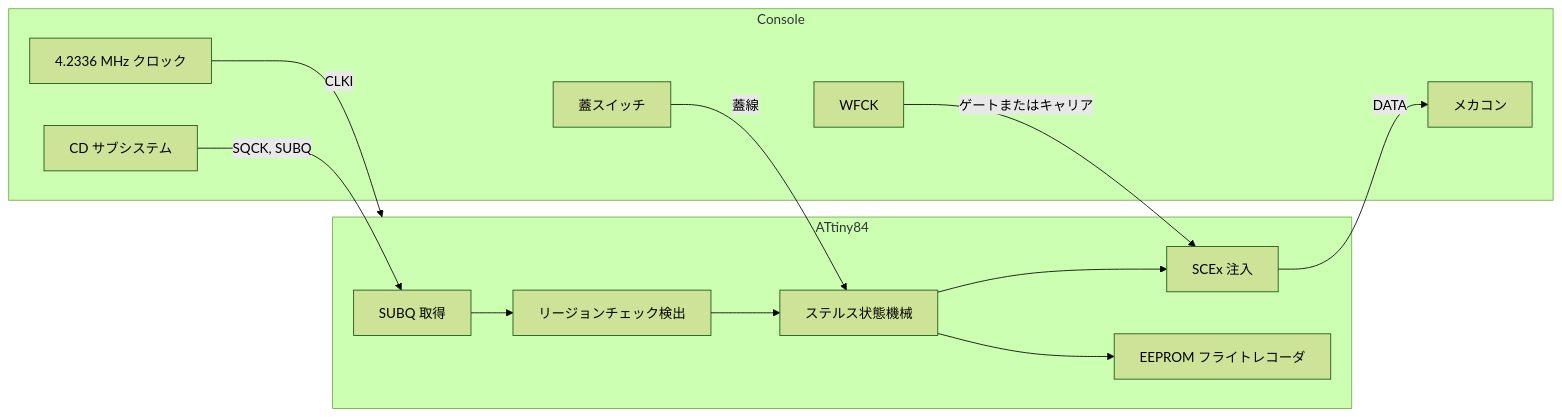
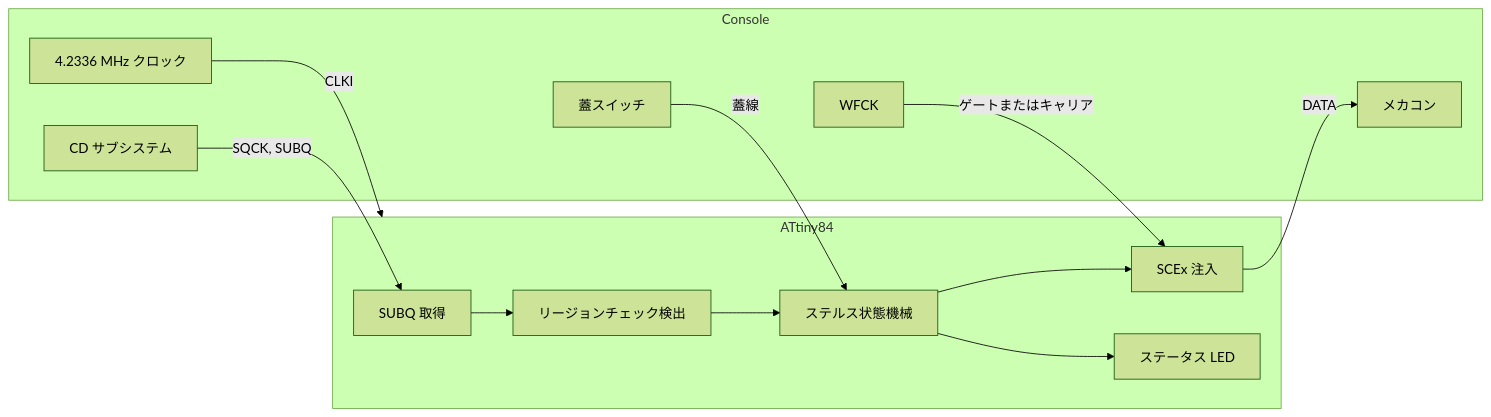
The diagram in README.ja.md (gufranco/openscex-modchip), drawn with Mermaid (forest theme) before and after one commit. The commit also changed other lines of this file and 2 other files, not shown here.

First line of the commit message:
docs: status led section, part and codes

````diff
--- a/README.ja.md
+++ b/README.ja.md
@@ -46,24 +46,24 @@
 ```mermaid
 graph LR
     subgraph Console
         CD[CD サブシステム]
         CLK[4.2336 MHz クロック]
         LID[蓋スイッチ]
         WF[WFCK]
         MECH[メカコン]
     end
     subgraph ATtiny84
         CAP[SUBQ 取得]
         DET[リージョンチェック検出]
         ST[ステルス状態機械]
         INJ[SCEx 注入]
-        REC[EEPROM フライトレコーダ]
+        LED[ステータス LED]
     end
     CD -->|SQCK, SUBQ| CAP
     CAP --> DET --> ST --> INJ
-    ST --> REC
+    ST --> LED
     LID -->|蓋線| ST
     WF -->|ゲートまたはキャリア| INJ
     CLK -->|CLKI| ATtiny84
     INJ -->|DATA| MECH
 ```
````
